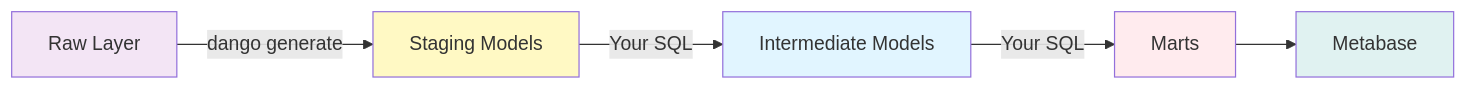
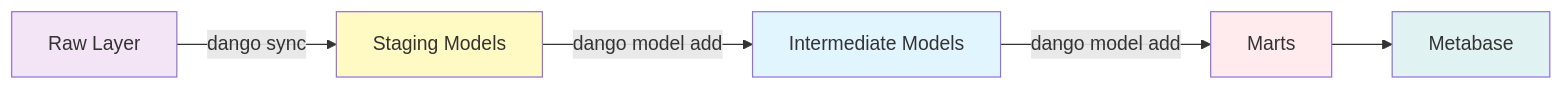
One commit to getdango/docs changed the first of 2 diagrams in docs/transformations/index.md. Above: the diagram before and after it, drawn with Mermaid. The commit also changed other lines of this file and 33 other files, not shown here.

````diff
--- a/docs/transformations/index.md
+++ b/docs/transformations/index.md
@@ -29,13 +29,13 @@
 ```mermaid
 graph LR
-    A[Raw Layer] -->|dango generate| B[Staging Models]
-    B -->|Your SQL| C[Intermediate Models]
-    C -->|Your SQL| D[Marts]
+    A[Raw Layer] -->|dango sync| B[Staging Models]
+    B -->|dango model add| C[Intermediate Models]
+    C -->|dango model add| D[Marts]
     D --> E[Metabase]
 
     style A fill:#f3e5f5
     style B fill:#fff9c4
     style C fill:#e1f5ff
     style D fill:#ffebee
     style E fill:#e0f2f1
 ```
````
